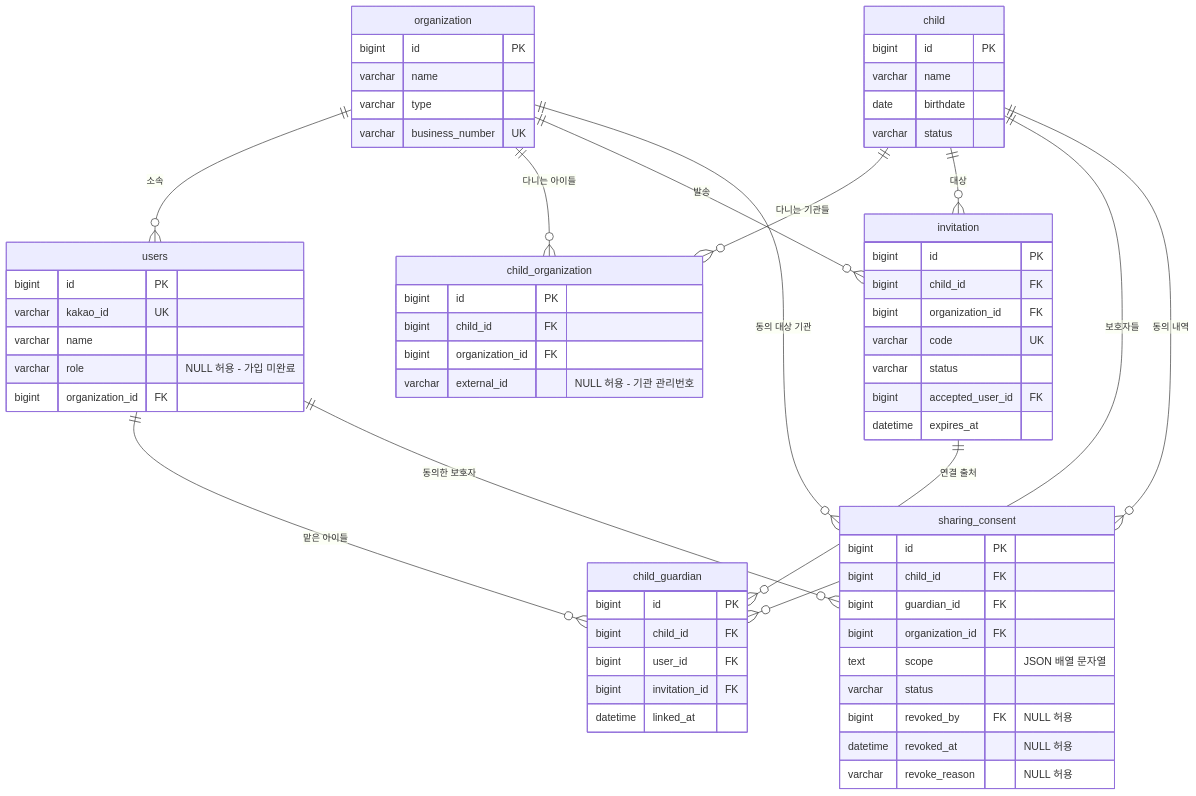
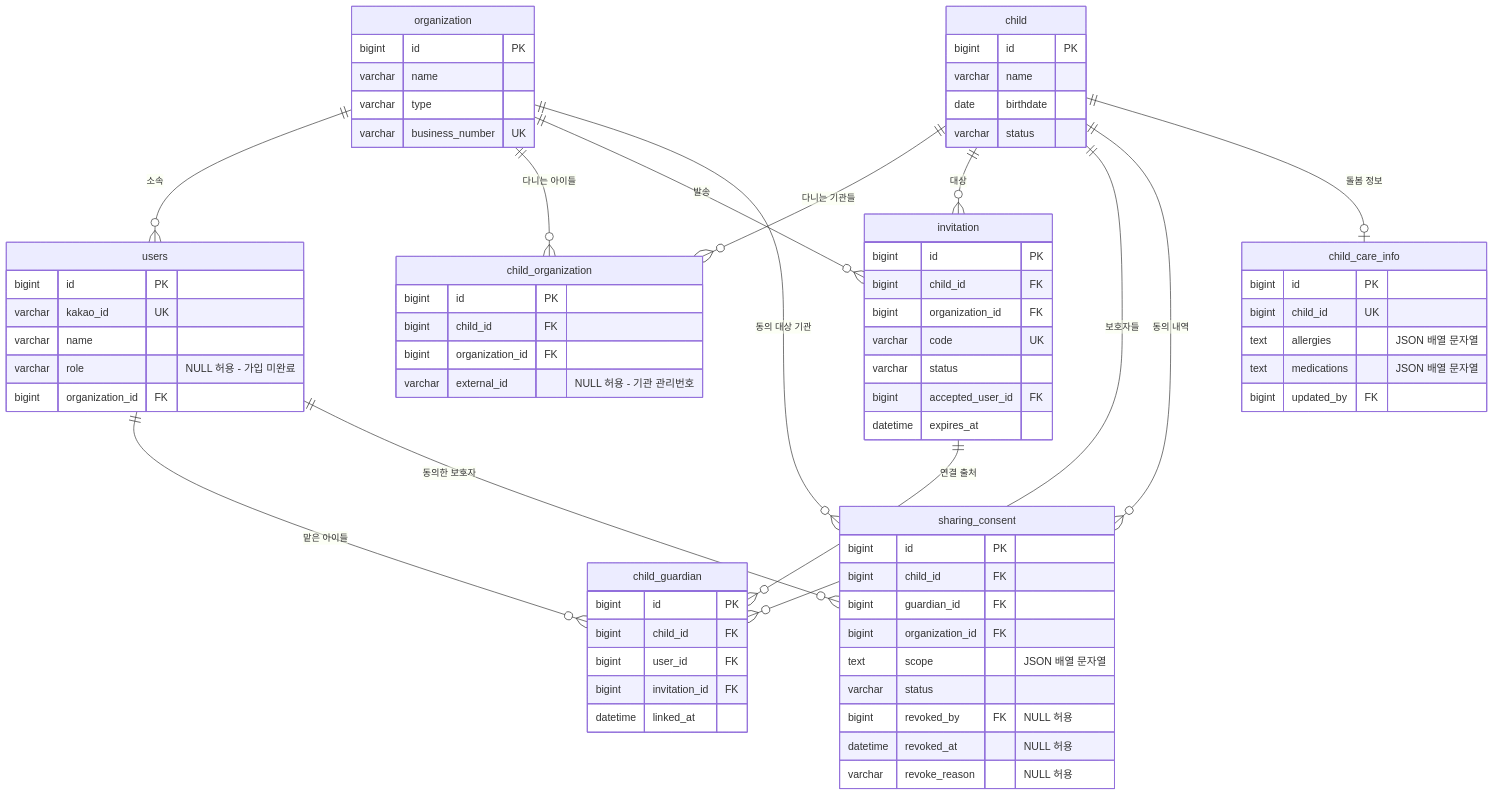
The first of 2 diagrams in docs/db/schema.md (kakaotechcampus-4/ktc4-kyungpook-2), drawn with Mermaid before and after one commit. The commit also changed other lines of this file and 4 other files, not shown here.

````diff
--- a/docs/db/schema.md
+++ b/docs/db/schema.md
@@ -84,67 +85,75 @@
 ```mermaid
 erDiagram
     organization ||--o{ users : "소속"
     organization ||--o{ child_organization : "다니는 아이들"
     child ||--o{ child_organization : "다니는 기관들"
     organization ||--o{ invitation : "발송"
     child ||--o{ invitation : "대상"
     invitation ||--o{ child_guardian : "연결 출처"
     child ||--o{ child_guardian : "보호자들"
     users ||--o{ child_guardian : "맡은 아이들"
     child ||--o{ sharing_consent : "동의 내역"
     users ||--o{ sharing_consent : "동의한 보호자"
     organization ||--o{ sharing_consent : "동의 대상 기관"
+    child ||--o| child_care_info : "돌봄 정보"
 
     organization {
         bigint id PK
         varchar name
         varchar type
         varchar business_number UK
     }
     users {
         bigint id PK
         varchar kakao_id UK
         varchar name
         varchar role "NULL 허용 - 가입 미완료"
         bigint organization_id FK
     }
     child {
         bigint id PK
         varchar name
         date birthdate
         varchar status
     }
     child_organization {
         bigint id PK
         bigint child_id FK
         bigint organization_id FK
         varchar external_id "NULL 허용 - 기관 관리번호"
     }
     invitation {
         bigint id PK
         bigint child_id FK
         bigint organization_id FK
         varchar code UK
         varchar status
         bigint accepted_user_id FK
         datetime expires_at
     }
     child_guardian {
         bigint id PK
         bigint child_id FK
         bigint user_id FK
         bigint invitation_id FK
         datetime linked_at
     }
     sharing_consent {
         bigint id PK
         bigint child_id FK
         bigint guardian_id FK
         bigint organization_id FK
         text scope "JSON 배열 문자열"
         varchar status
         bigint revoked_by FK "NULL 허용"
         datetime revoked_at "NULL 허용"
         varchar revoke_reason "NULL 허용"
     }
+    child_care_info {
+        bigint id PK
+        bigint child_id UK
+        text allergies "JSON 배열 문자열"
+        text medications "JSON 배열 문자열"
+        bigint updated_by FK
+    }
 ```
````
